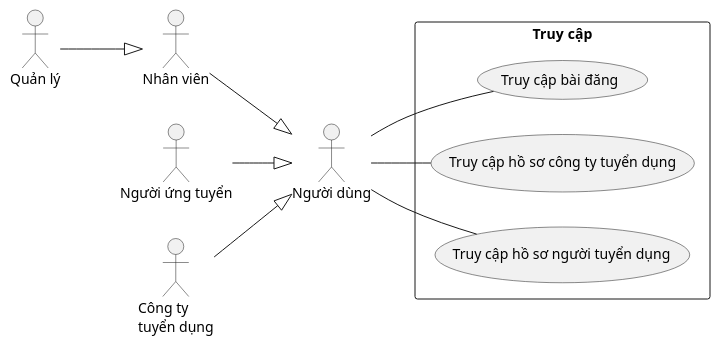
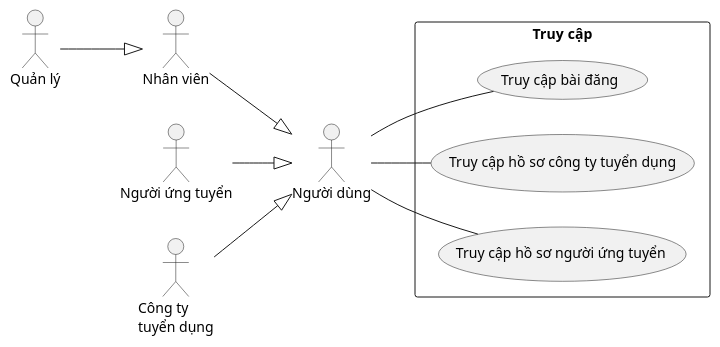
The diagram in Lab1/Lab 1.2 Diagram/Use case/FilePUML/13. TruyCap.puml (Griselda4774/EAS-EmploymentAssistanceSystem), drawn with PlantUML before and after one commit. The commit also changed 5 other files, not shown here.

```diff
--- a/Lab1/Lab 1.2 Diagram/Use case/FilePUML/13. TruyCap.puml
+++ b/Lab1/Lab 1.2 Diagram/Use case/FilePUML/13. TruyCap.puml
@@ -1,28 +1,28 @@
 @startuml TruyCap
 left to right direction
 
 actor "Người dùng" as nguoiDung
 actor "Quản lý" as quanLy
 actor "Nhân viên" as nhanVien
 actor "Người ứng tuyển" as nguoiUngTuyen
 actor "Công ty\ntuyển dụng" as congTyTuyenDung
 
 rectangle "Truy cập" {
     usecase "Truy cập bài đăng" as truyCapBaiDang
     usecase "Truy cập hồ sơ công ty tuyển dụng" as truyCapHoSoCongTy
-    usecase "Truy cập hồ sơ người tuyển dụng" as truyCapHoSoNguoiTuyenDung
+    usecase "Truy cập hồ sơ người ứng tuyển" as truyCapHoSoNguoiUngTuyen
 }
 
 nguoiDung -- truyCapBaiDang
 nguoiDung -- truyCapHoSoCongTy
-nguoiDung -- truyCapHoSoNguoiTuyenDung
+nguoiDung -- truyCapHoSoNguoiUngTuyen
 
 nguoiUngTuyen --^ nguoiDung
 
 congTyTuyenDung --^ nguoiDung
 
 nhanVien --^ nguoiDung
 
 quanLy --^ nhanVien
 
 @enduml
```
